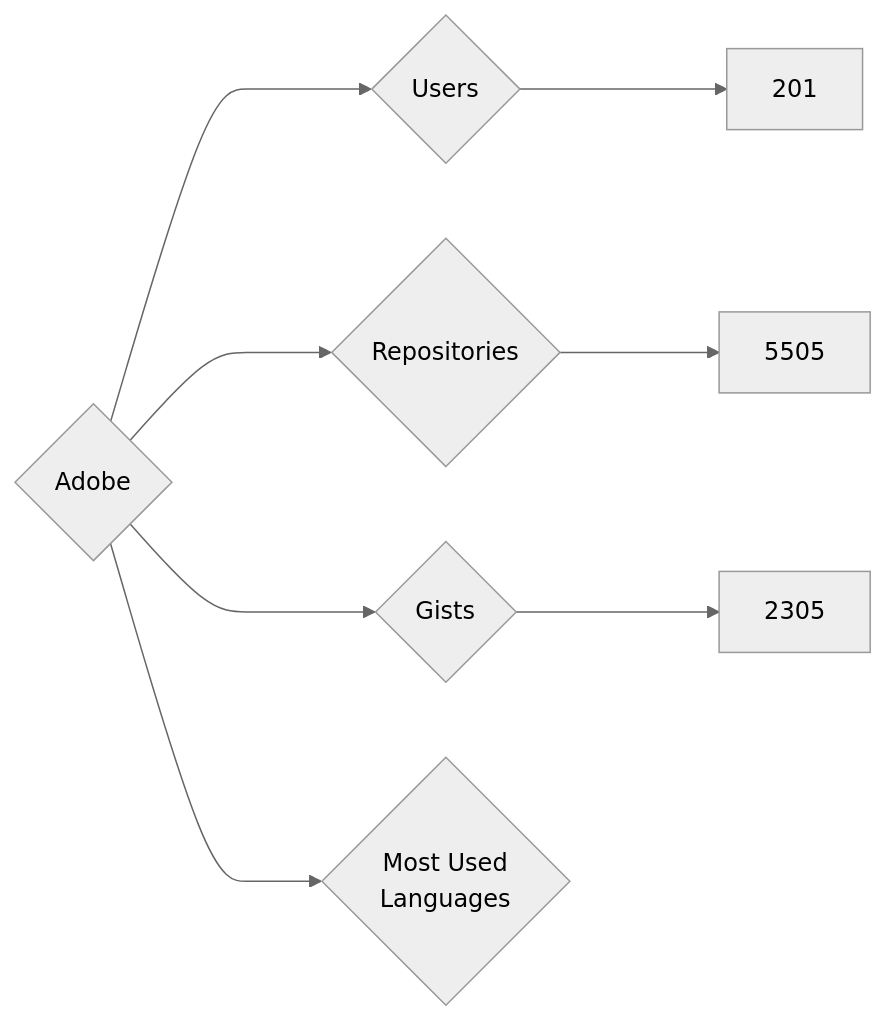
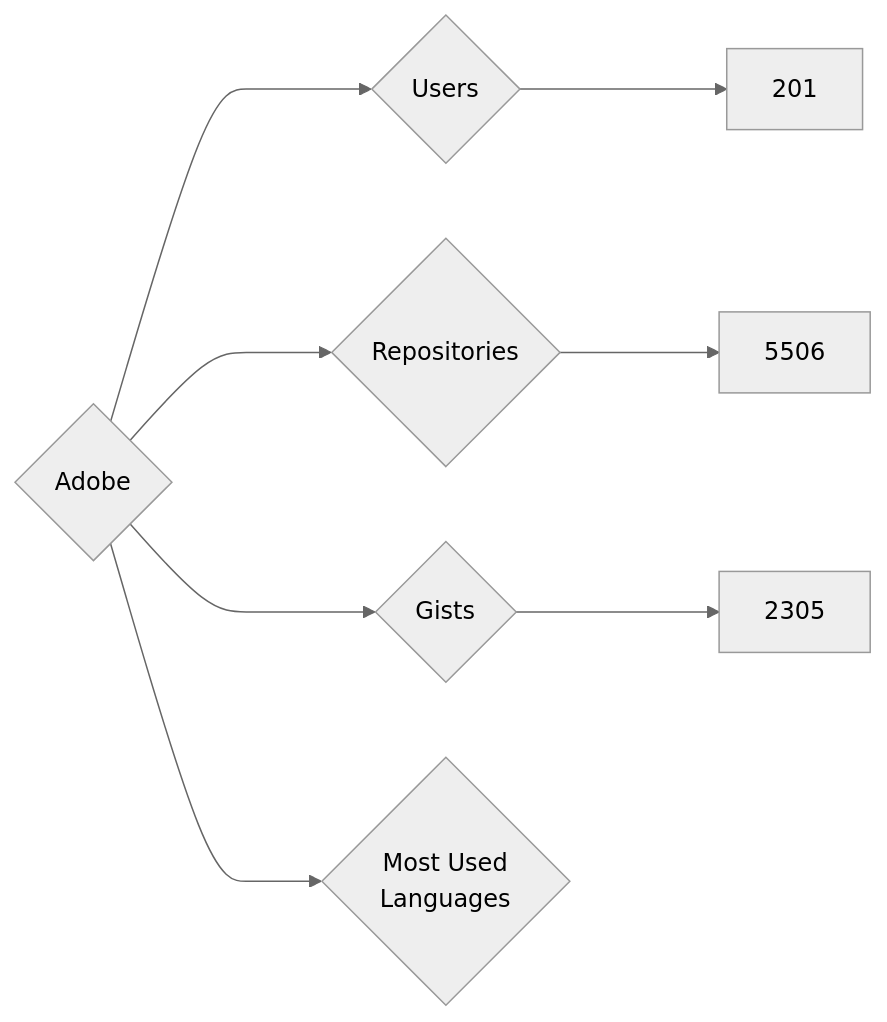
One commit to nenadzaric/insiders changed the diagram in targets/Adobe/README.md. Above: the diagram before and after it, drawn with Mermaid (neutral theme). The commit also changed 2 other files, not shown here.

Commit message:
Update Fri May 26 11:28:28 UTC 2023

````diff
--- a/targets/Adobe/README.md
+++ b/targets/Adobe/README.md
@@ -3,8 +3,8 @@
 ```mermaid
 graph LR
 COMPANY_NAME{Adobe}
 COMPANY_NAME ---> U{Users} ---> UN[201]
-COMPANY_NAME ---> R{Repositories} ---> RN[5505]
+COMPANY_NAME ---> R{Repositories} ---> RN[5506]
 COMPANY_NAME ---> G{Gists} ---> GN[2305]
 COMPANY_NAME ---> ML{Most Used<br>Languages}
 ```
````
